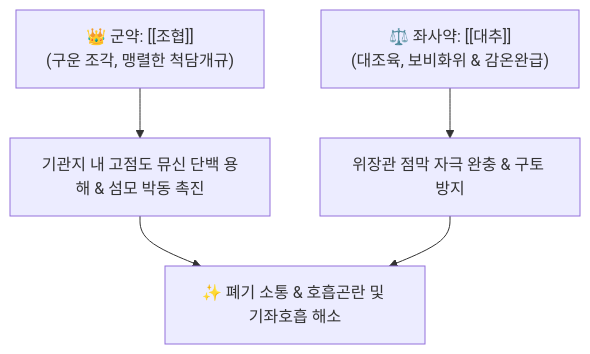
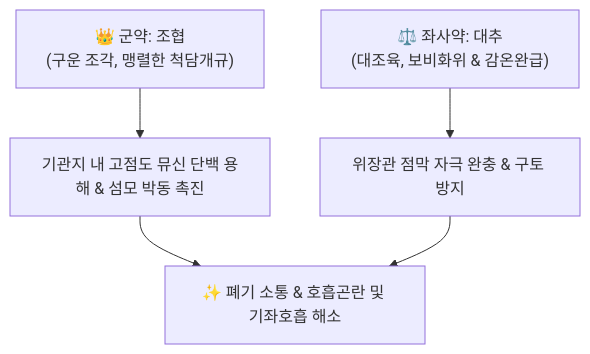
The diagram in content/2. 약리 공부/처방/03_화담·거습·이수제/조협환.md (simbio11/simbio-digital-garden2), drawn with Mermaid before and after one commit. The commit also changed other lines of this file and 122 other files, not shown here.

````diff
--- a/content/2. 약리 공부/처방/03_화담·거습·이수제/조협환.md
+++ b/content/2. 약리 공부/처방/03_화담·거습·이수제/조협환.md
@@ -43,7 +44,7 @@
 ```mermaid
 graph TD
-    Gun["👑 군약: [[조협]]<br>(구운 조각, 맹렬한 척담개규)"] --> Action["기관지 내 고점도 뮤신 단백 용해 & 섬모 박동 촉진"]
-    Jwa["⚖️ 좌사약: [[대추]]<br>(대조육, 보비화위 & 감온완급)"] --> Mod["위장관 점막 자극 완충 & 구토 방지"]
+    Gun["👑 군약: 조협<br>(구운 조각, 맹렬한 척담개규)"] --> Action["기관지 내 고점도 뮤신 단백 용해 & 섬모 박동 촉진"]
+    Jwa["⚖️ 좌사약: 대추<br>(대조육, 보비화위 & 감온완급)"] --> Mod["위장관 점막 자극 완충 & 구토 방지"]
     Action --> Outcome["✨ 폐기 소통 & 호흡곤란 및 기좌호흡 해소"]
     Mod --> Outcome
 ```
````
